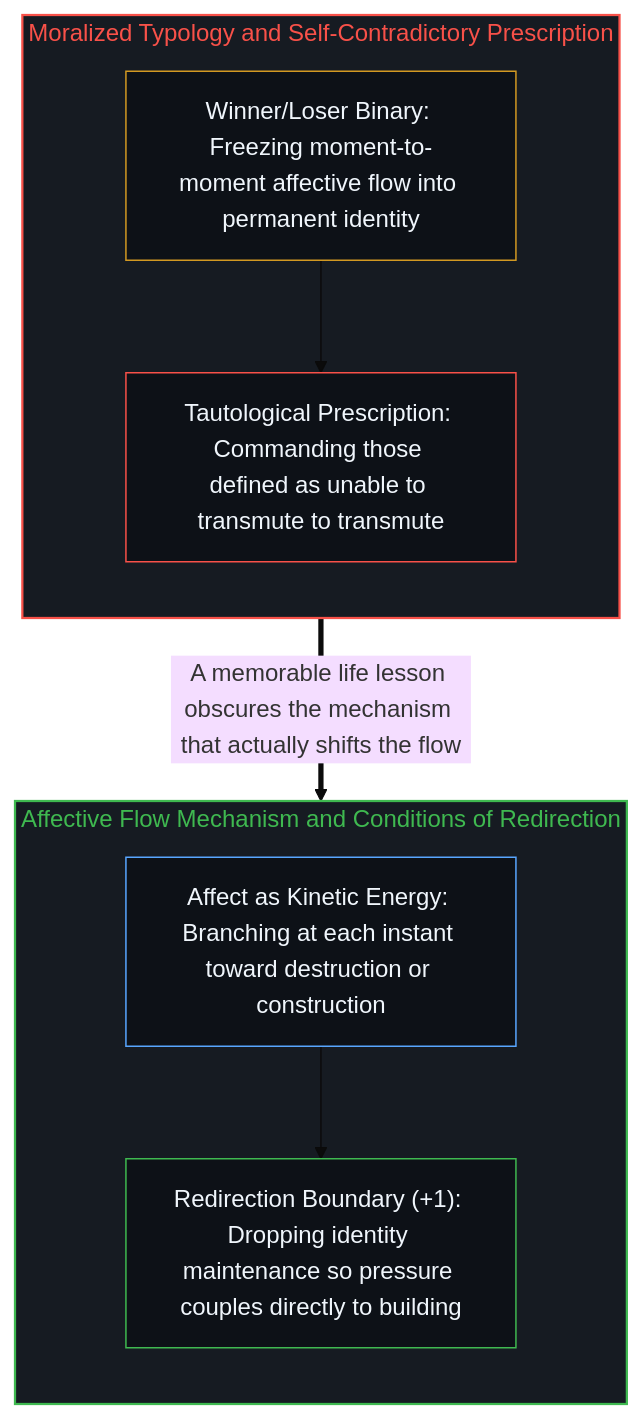
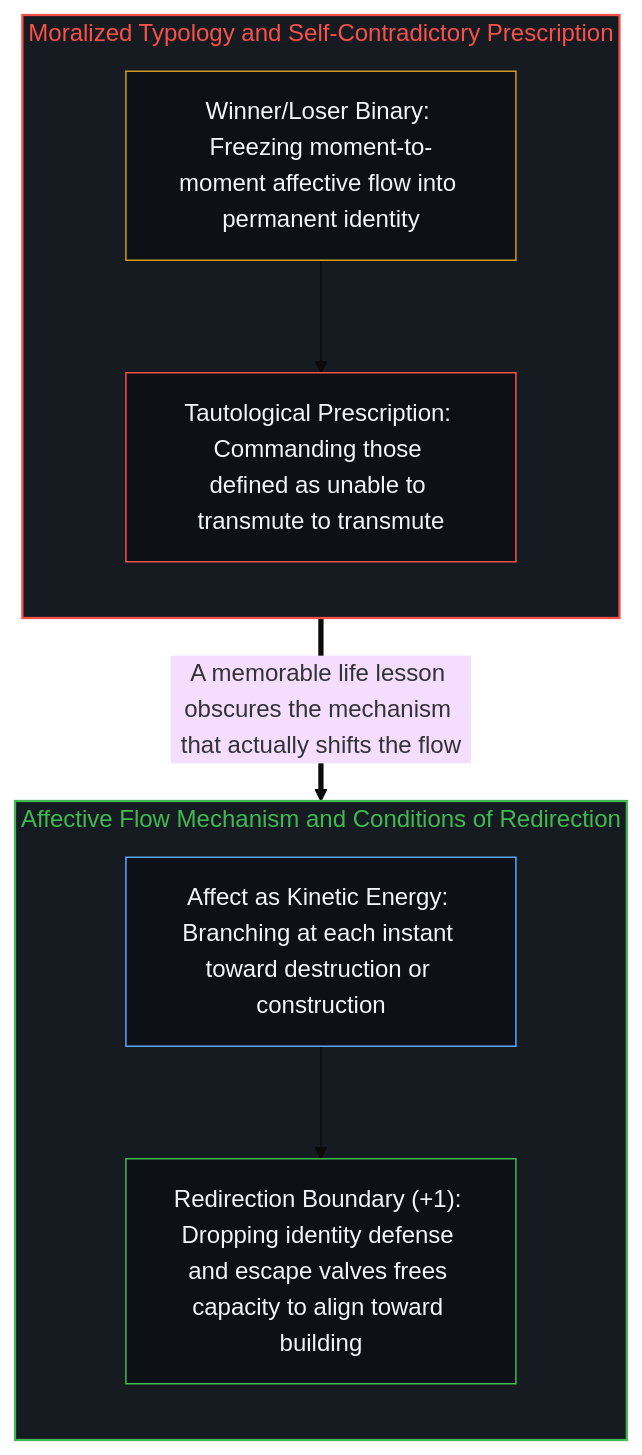
Before and after one commit to powerpig99/not-a-toe: the second of 2 diagrams in content/posts/huberman-winners-losers.md, drawn with Mermaid (base theme). The commit also changed other lines of this file and 7 other files, not shown here.

````diff
--- a/content/posts/huberman-winners-losers.md
+++ b/content/posts/huberman-winners-losers.md
@@ -42,22 +42,22 @@
 ```mermaid
 flowchart TD
     subgraph S_Moral["Moralized Typology and Self-Contradictory Prescription"]
         direction TB
         Label["Winner/Loser Binary: Freezing moment-to-moment affective flow into permanent identity"]
         Paradox["Tautological Prescription: Commanding those defined as unable to transmute to transmute"]
         Label --> Paradox
     end
     subgraph S_Flow["Affective Flow Mechanism and Conditions of Redirection"]
         direction TB
         Affect["Affect as Kinetic Energy: Branching at each instant toward destruction or construction"]
-        Shift["Redirection Boundary (+1): Dropping identity maintenance so pressure couples directly to building"]
+        Shift["Redirection Boundary (+1): Dropping identity defense and escape valves frees capacity to align toward building"]
         Affect --> Shift
     end
     Paradox ==>|"A memorable life lesson obscures the mechanism that actually shifts the flow"| Affect
     style S_Moral fill:#161b22,stroke:#f85149,stroke-width:1.5px,color:#f85149
     style S_Flow fill:#161b22,stroke:#3fb950,stroke-width:1.5px,color:#3fb950
     style Label fill:#0d1117,stroke:#d29922,stroke-width:1px,color:#f0f6fc
     style Paradox fill:#0d1117,stroke:#f85149,stroke-width:1px,color:#f0f6fc
     style Affect fill:#0d1117,stroke:#58a6ff,stroke-width:1px,color:#f0f6fc
     style Shift fill:#0d1117,stroke:#3fb950,stroke-width:1px,color:#f0f6fc
 ```
````
